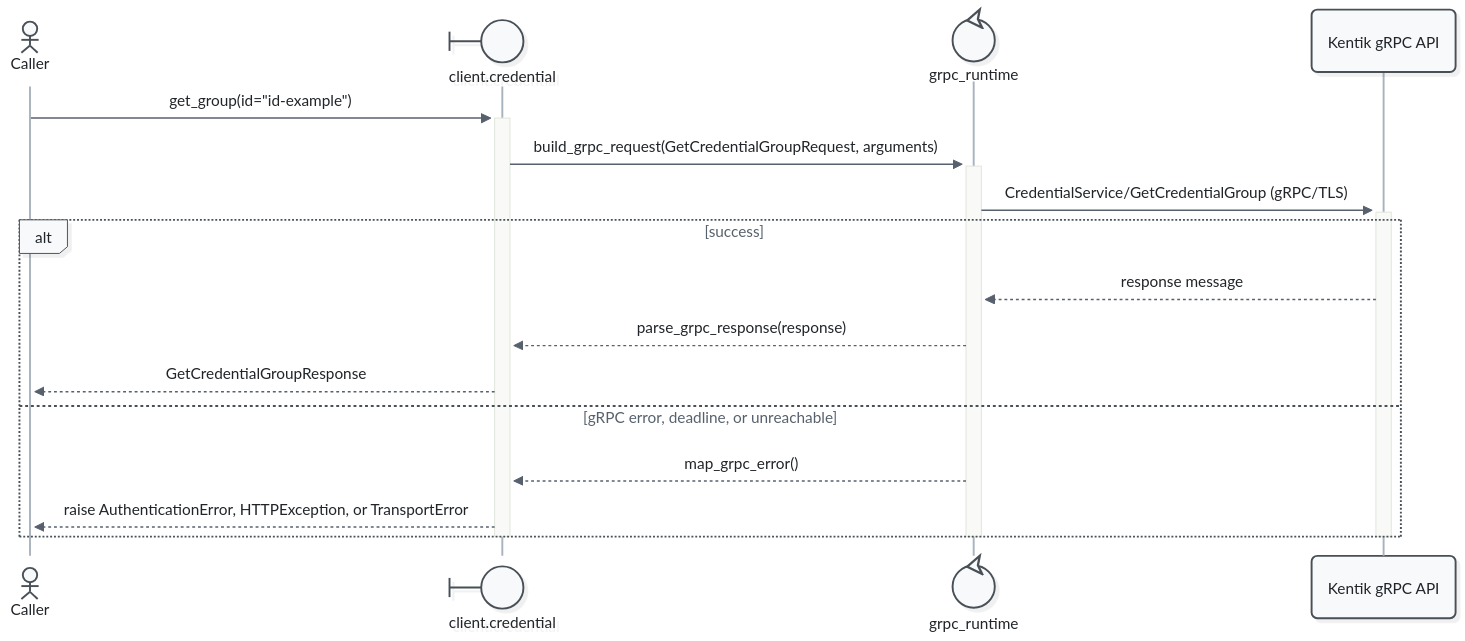
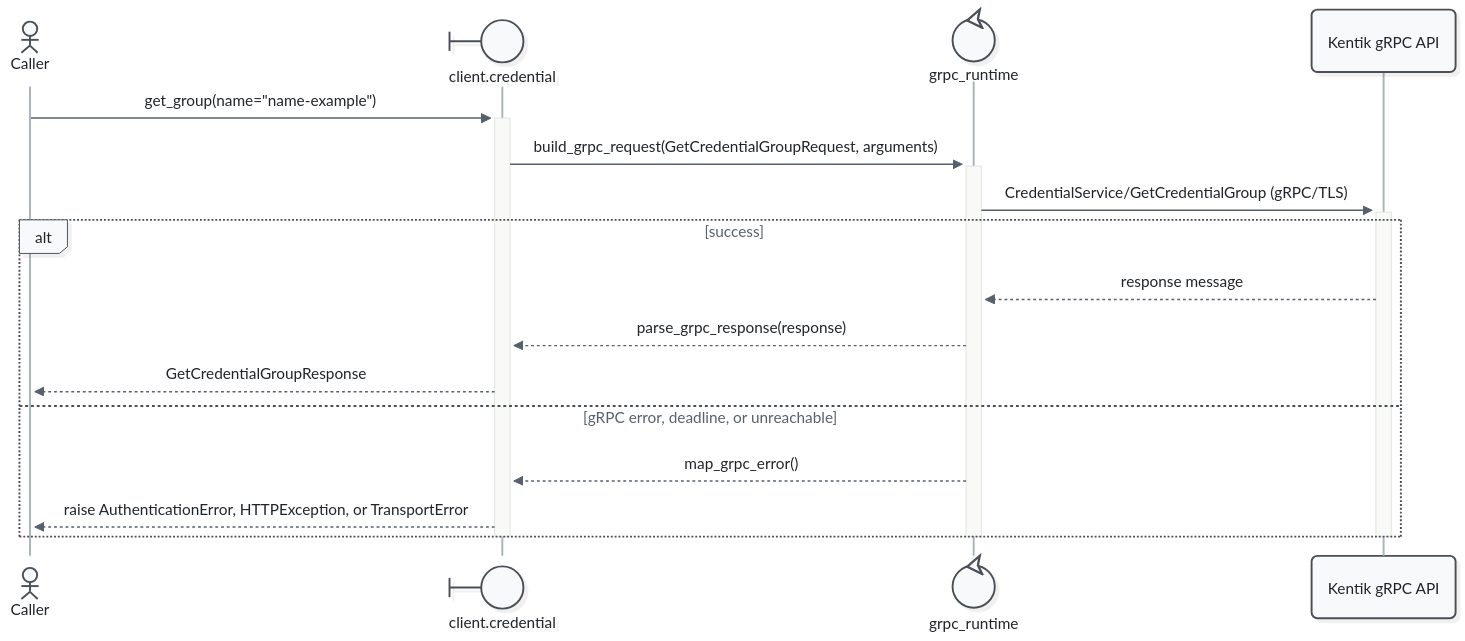
One commit to alexdearaujo/community_sdk_python changed diagram 14 of 21 in docs/sphinx/services/credential.md. Above: the diagram before and after it, drawn with Mermaid. The commit also changed other lines of this file and 160 other files, not shown here.

First line of the commit message:
chore: sync schema to 5d1d2fa

````diff
--- a/docs/sphinx/services/credential.md
+++ b/docs/sphinx/services/credential.md
@@ -132,23 +547,23 @@
 ```mermaid
 %%{init: {"theme": "redux", "look": "neo", "layout": "elk", "fontFamily": "ui-monospace, SFMono-Regular, Menlo, monospace", "themeVariables": {"fontFamily": "ui-monospace, SFMono-Regular, Menlo, monospace", "primaryColor": "#f8f9fa", "primaryBorderColor": "#495057", "primaryTextColor": "#212529", "textColor": "#212529", "lineColor": "#77818c", "edgeLabelBackground": "#ffffff", "actorBkg": "#f8f9fa", "actorBorder": "#495057", "actorTextColor": "#212529", "actorLineColor": "#a9b3be", "signalColor": "#57616d", "signalTextColor": "#212529", "labelBoxBkgColor": "#f8f9fa", "labelBoxBorderColor": "#495057", "labelTextColor": "#212529", "loopTextColor": "#57616d", "noteBkgColor": "#fff9db", "noteBorderColor": "#f08c00", "noteTextColor": "#a35a00"}, "sequence": {"activationWidth": 16}, "flowchart": {"curve": "basis", "nodeSpacing": 30, "rankSpacing": 70, "wrappingWidth": 400}}}%%
 sequenceDiagram
     actor C as Caller
     participant W@{ "type": "boundary" } as client.credential
     participant R@{ "type": "control" } as grpc_runtime
     participant API as Kentik gRPC API
 
-    C->>+W: get_group(id="id-example")
+    C->>+W: get_group(name="name-example")
     W->>+R: build_grpc_request(GetCredentialGroupRequest, arguments)
     R->>+API: CredentialService/GetCredentialGroup (gRPC/TLS)
     alt success
         API-->>R: response message
         R-->>W: parse_grpc_response(response)
         W-->>C: GetCredentialGroupResponse
     else gRPC error, deadline, or unreachable
         R-->>W: map_grpc_error()
         W-->>C: raise AuthenticationError, HTTPException, or TransportError
     end
     deactivate API
     deactivate R
     deactivate W
 ```
````
